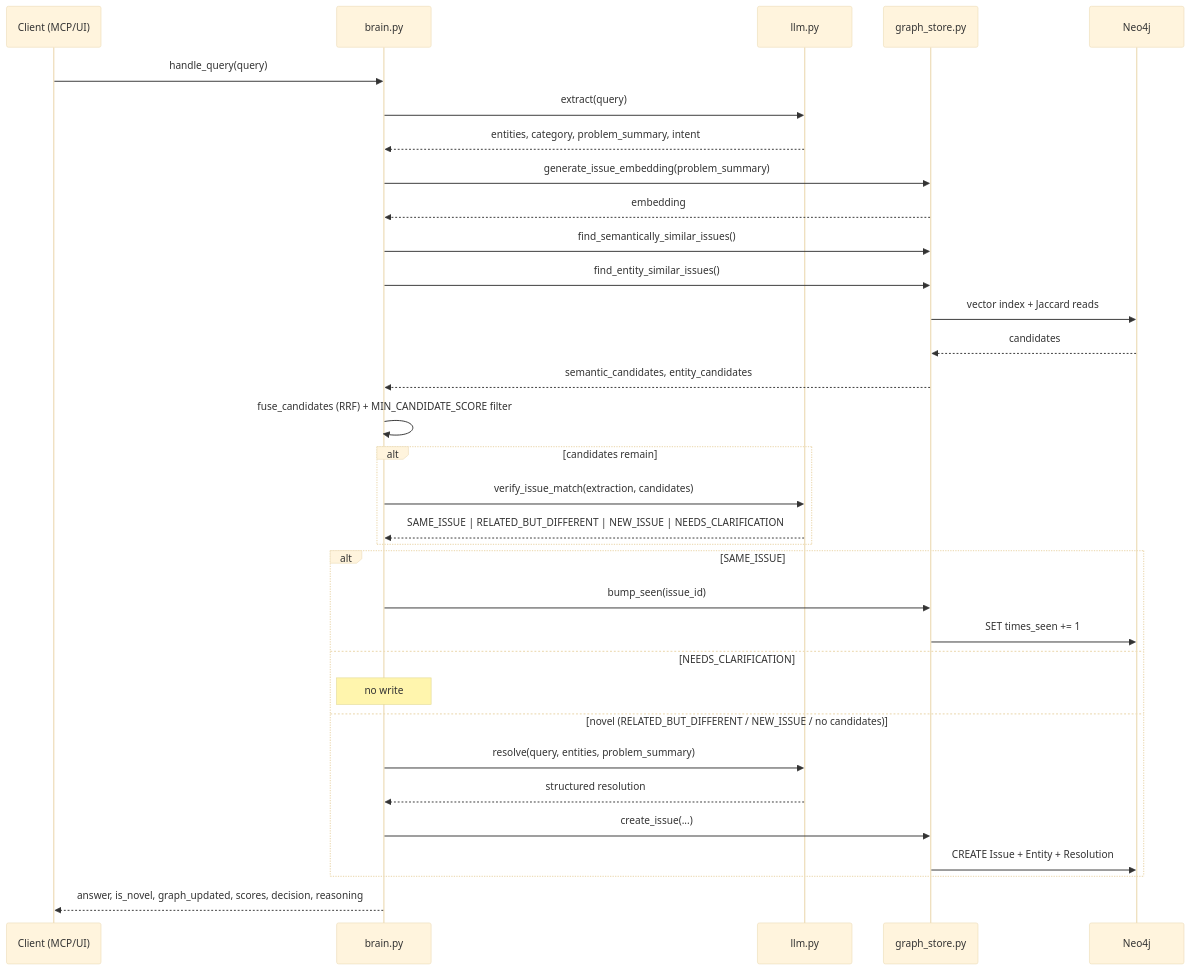
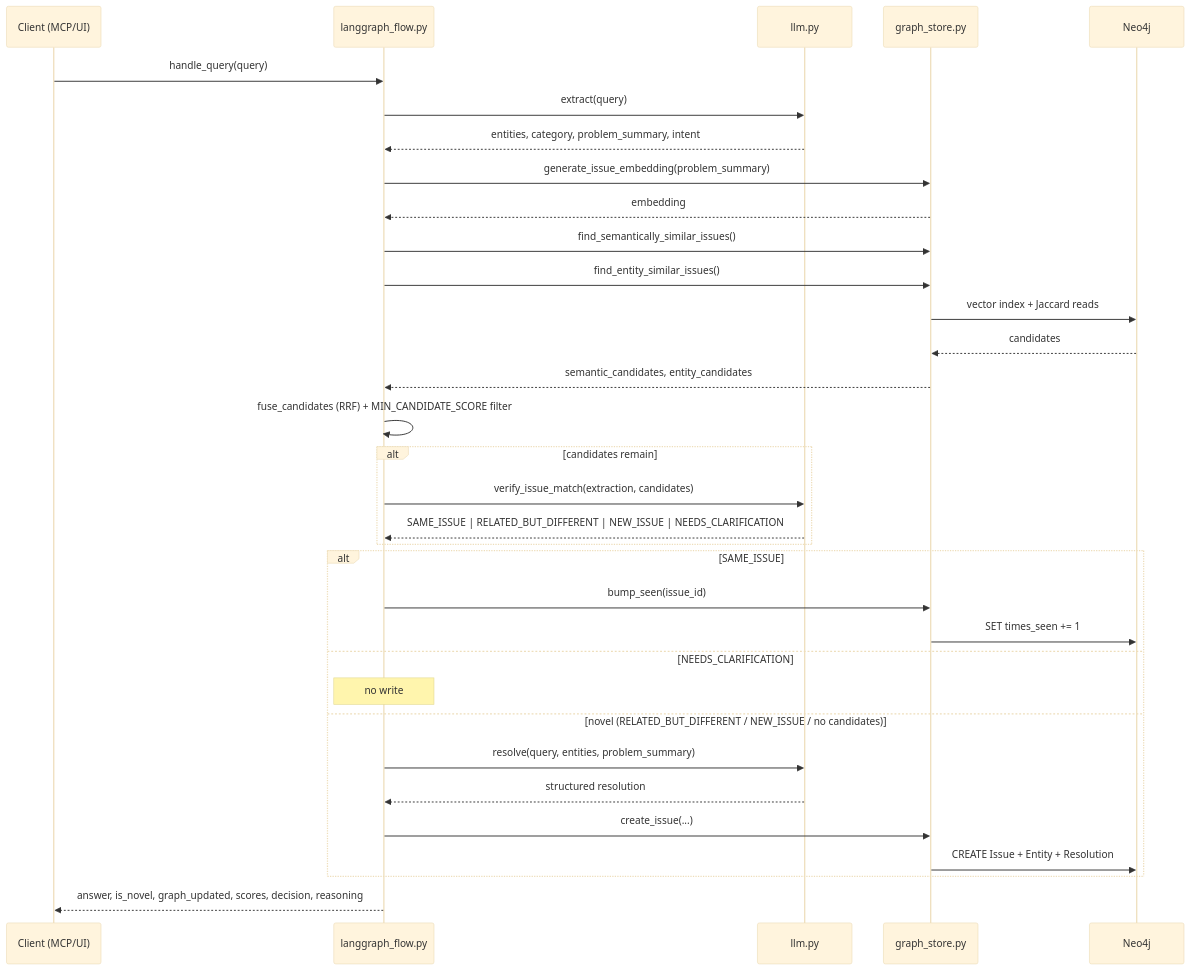
One commit to SANJAYSIVANANDAN/supportpilot changed the fourth of 4 diagrams in kg_agent/ARCHITECTURE.md. Above: the diagram before and after it, drawn with Mermaid (base theme). The commit also changed other lines of this file and 14 other files, not shown here.

First line of the commit message:
Replace brain.py with a LangGraph StateGraph, trim docs to README+ARCHITECTURE

````diff
--- a/kg_agent/ARCHITECTURE.md
+++ b/kg_agent/ARCHITECTURE.md
@@ -86,36 +88,36 @@
 ```mermaid
 sequenceDiagram
     participant C as Client (MCP/UI)
-    participant B as brain.py
+    participant B as langgraph_flow.py
     participant L as llm.py
     participant G as graph_store.py
     participant N as Neo4j
 
     C->>B: handle_query(query)
     B->>L: extract(query)
     L-->>B: entities, category, problem_summary, intent
     B->>G: generate_issue_embedding(problem_summary)
     G-->>B: embedding
     B->>G: find_semantically_similar_issues()
     B->>G: find_entity_similar_issues()
     G->>N: vector index + Jaccard reads
     N-->>G: candidates
     G-->>B: semantic_candidates, entity_candidates
     B->>B: fuse_candidates (RRF) + MIN_CANDIDATE_SCORE filter
     alt candidates remain
         B->>L: verify_issue_match(extraction, candidates)
         L-->>B: SAME_ISSUE | RELATED_BUT_DIFFERENT | NEW_ISSUE | NEEDS_CLARIFICATION
     end
     alt SAME_ISSUE
         B->>G: bump_seen(issue_id)
         G->>N: SET times_seen += 1
     else NEEDS_CLARIFICATION
         Note over B: no write
     else novel (RELATED_BUT_DIFFERENT / NEW_ISSUE / no candidates)
         B->>L: resolve(query, entities, problem_summary)
         L-->>B: structured resolution
         B->>G: create_issue(...)
         G->>N: CREATE Issue + Entity + Resolution
     end
     B-->>C: answer, is_novel, graph_updated, scores, decision, reasoning
 ```
````
